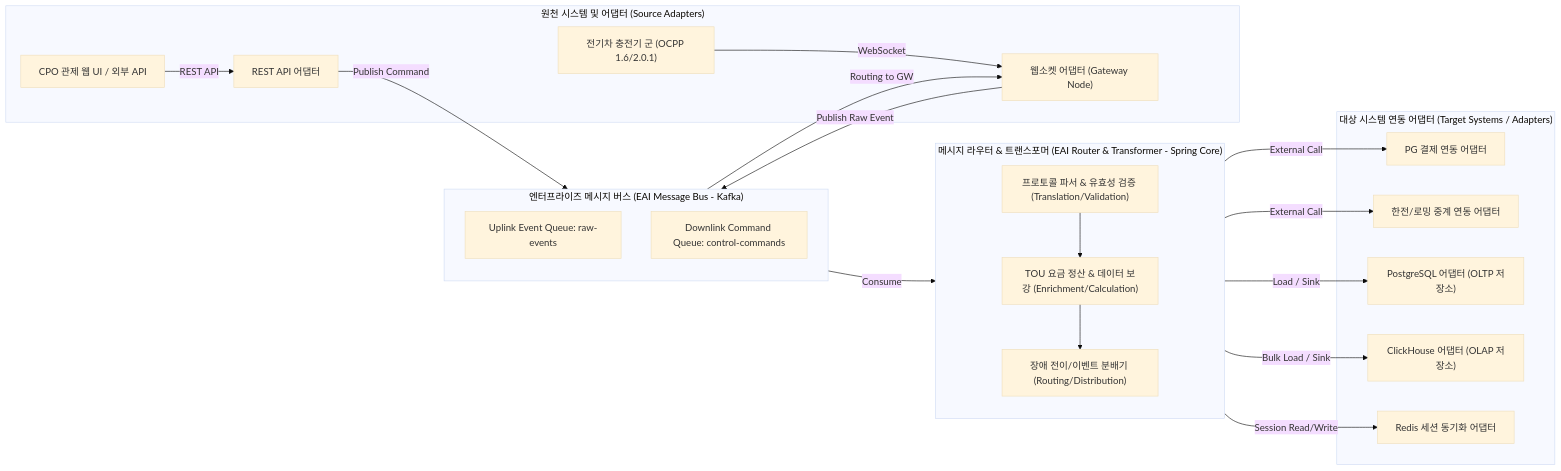
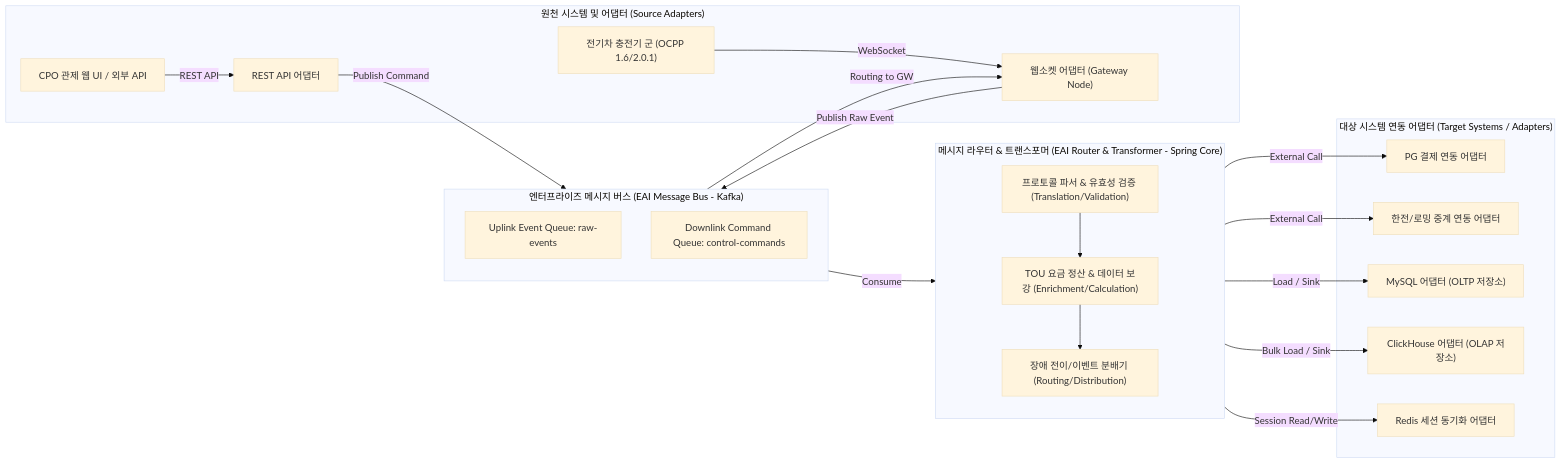
Before and after one commit to h2y-hyhong2/h2y-ocpp: the tenth of 10 diagrams in doc/01.standard_solution/04.software_architecture.md, drawn with Mermaid (base theme). The commit also changed other lines of this file and 7 other files, not shown here.

````diff
--- a/doc/01.standard_solution/04.software_architecture.md
+++ b/doc/01.standard_solution/04.software_architecture.md
@@ -305,48 +416,48 @@
 ```mermaid
 flowchart LR
     %% Source systems & Adapters
     subgraph Sources ["원천 시스템 및 어댑터 (Source Adapters)"]
         CP["전기차 충전기 군 (OCPP 1.6/2.0.1)"] -->|WebSocket| WS_Adapt["웹소켓 어댑터 (Gateway Node)"]
         AdminUI["CPO 관제 웹 UI / 외부 API"] -->|REST API| REST_Adapt["REST API 어댑터"]
     end
 
     %% Enterprise Message Bus
     subgraph MessageBus ["엔터프라이즈 메시지 버스 (EAI Message Bus - Kafka)"]
         direction TB
         RawTopic["Uplink Event Queue: raw-events"]
         CmdTopic["Downlink Command Queue: control-commands"]
     end
 
     %% Routing & Transforming Engine
     subgraph EAI_Engine ["메시지 라우터 & 트랜스포머 (EAI Router & Transformer - Spring Core)"]
         direction TB
         Parser["프로토콜 파서 & 유효성 검증 (Translation/Validation)"]
         Enricher["TOU 요금 정산 & 데이터 보강 (Enrichment/Calculation)"]
         Distributor["장애 전이/이벤트 분배기 (Routing/Distribution)"]
         
         Parser --> Enricher --> Distributor
     end
 
     %% Target Adapters & Systems
     subgraph Targets ["대상 시스템 연동 어댑터 (Target Systems / Adapters)"]
         PG_Adapt["PG 결제 연동 어댑터"]
         Roam_Adapt["한전/로밍 중계 연동 어댑터"]
         
-        DB_OLTP["PostgreSQL 어댑터 (OLTP 저장소)"]
+        DB_OLTP["MySQL 어댑터 (OLTP 저장소)"]
         DB_OLAP["ClickHouse 어댑터 (OLAP 저장소)"]
         Cache_Session["Redis 세션 동기화 어댑터"]
     end
 
     %% EAI Flow Connections
     WS_Adapt -->|Publish Raw Event| RawTopic
     REST_Adapt -->|Publish Command| CmdTopic
     
     RawTopic -->|Consume| Parser
     Distributor -->|Load / Sink| DB_OLTP
     Distributor -->|Bulk Load / Sink| DB_OLAP
     Distributor -->|Session Read/Write| Cache_Session
     Distributor -->|External Call| PG_Adapt
     Distributor -->|External Call| Roam_Adapt
     
     CmdTopic -->|Routing to GW| WS_Adapt
 ```
````
